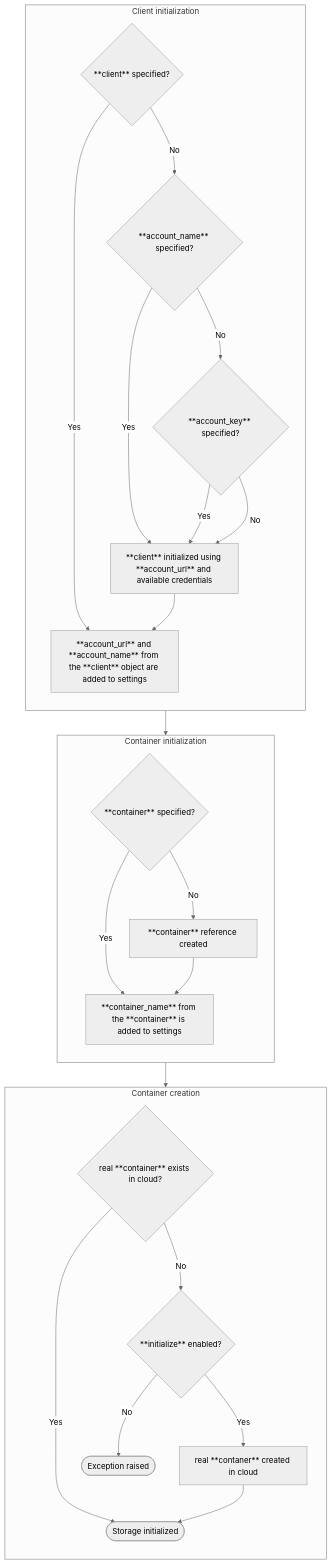
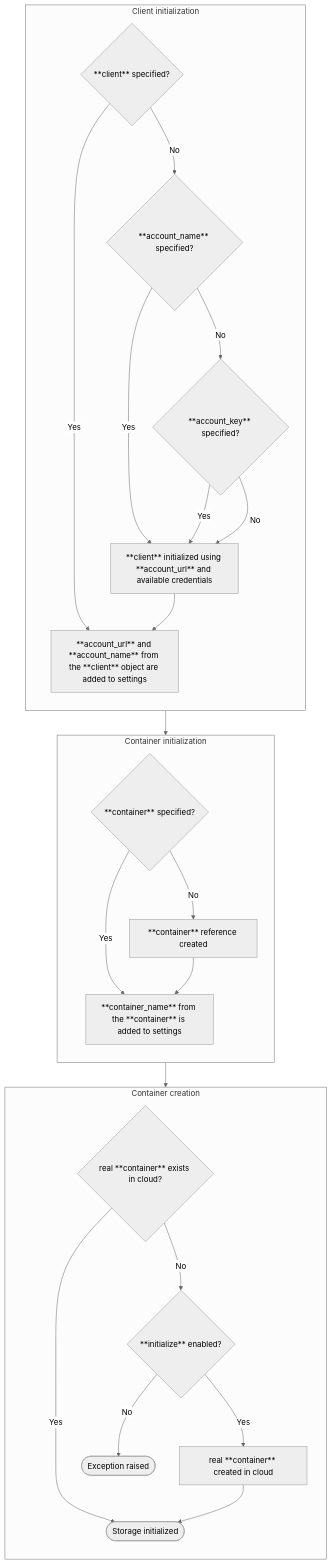
One commit to DataShades/file-keeper changed the diagram in docs/adapters/azure_blob.md. Above: the diagram before and after it, drawn with Mermaid (neutral theme). The commit also changed 15 other files, not shown here.

````diff
--- a/docs/adapters/azure_blob.md
+++ b/docs/adapters/azure_blob.md
@@ -27,45 +27,45 @@
 ```mermaid
 graph TB
     subgraph a [Client initialization]
         direction TB
         has_client -->|Yes| set_url_and_name
         has_client -->|No| has_account_name
         has_account_name -->|Yes| initialize_client
         has_account_name -->|No| has_account_key
         has_account_key -->|Yes| initialize_client
         has_account_key -->|No| initialize_client
         initialize_client --> set_url_and_name
     end
     a --> b
     subgraph b [Container initialization]
         direction TB
 
         has_container -->|Yes| set_container_name
         has_container -->|No| initialize_container
         initialize_container --> set_container_name
     end
     b --> c
     subgraph c [Container creation]
         direction TB
 
         container_exists -->|Yes| done
         container_exists -->|No| has_initialize_flag
         has_initialize_flag -->|Yes| create_container
         has_initialize_flag -->|No| fail
         create_container --> done
     end
 
     has_client{**client** specified?}
     has_account_name{**account_name** specified?}
     has_account_key{**account_key** specified?}
     set_url_and_name[**account_url** and **account_name** from the **client** object are added to settings]
     has_container{**container** specified?}
     has_initialize_flag{**initialize** enabled?}
     initialize_client[**client** initialized using **account_url** and available credentials]
     initialize_container[**container** reference created]
     set_container_name[**container_name** from the **container** is added to settings]
-    create_container[real **contaner** created in cloud]
+    create_container[real **container** created in cloud]
     container_exists{real **container** exists in cloud?}
     done([Storage initialized])
     fail([Exception raised])
 ```
````
